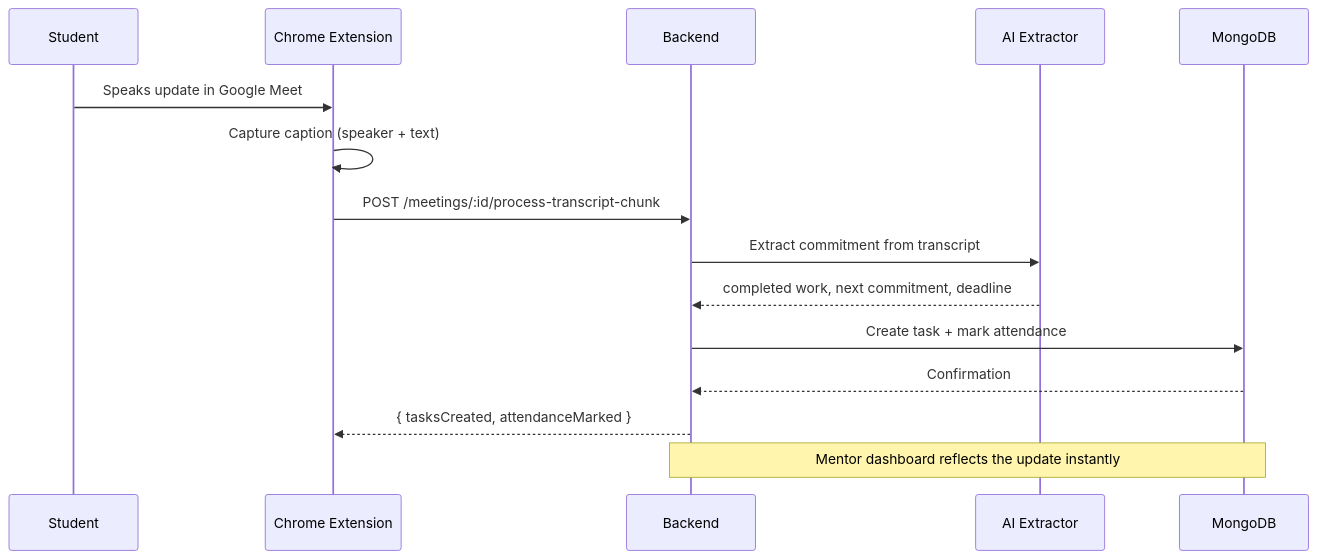
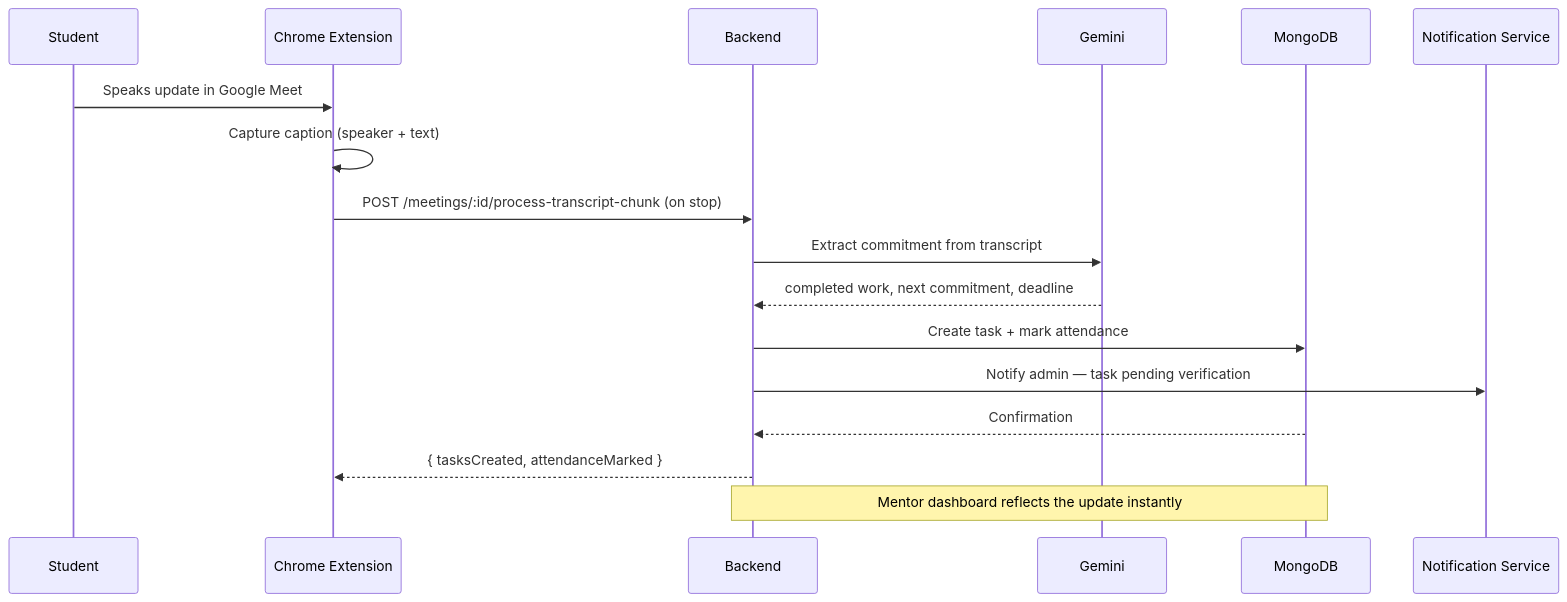
The third of 3 diagrams in Readme.md (mittalsaks/MeetingMind), drawn with Mermaid before and after one commit. The commit also changed other lines of this file and 8 other files, not shown here.

````diff
--- a/Readme.md
+++ b/Readme.md
@@ -133,18 +203,20 @@
 ```mermaid
 sequenceDiagram
     participant Stu as Student
     participant Ext as Chrome Extension
     participant BE as Backend
-    participant AI as AI Extractor
+    participant AI as Gemini
     participant DB as MongoDB
+    participant Notif as Notification Service
 
     Stu->>Ext: Speaks update in Google Meet
     Ext->>Ext: Capture caption (speaker + text)
-    Ext->>BE: POST /meetings/:id/process-transcript-chunk
+    Ext->>BE: POST /meetings/:id/process-transcript-chunk (on stop)
     BE->>AI: Extract commitment from transcript
     AI-->>BE: completed work, next commitment, deadline
     BE->>DB: Create task + mark attendance
+    BE->>Notif: Notify admin — task pending verification
     DB-->>BE: Confirmation
     BE-->>Ext: { tasksCreated, attendanceMarked }
     Note over BE,DB: Mentor dashboard reflects the update instantly
 ```
````
